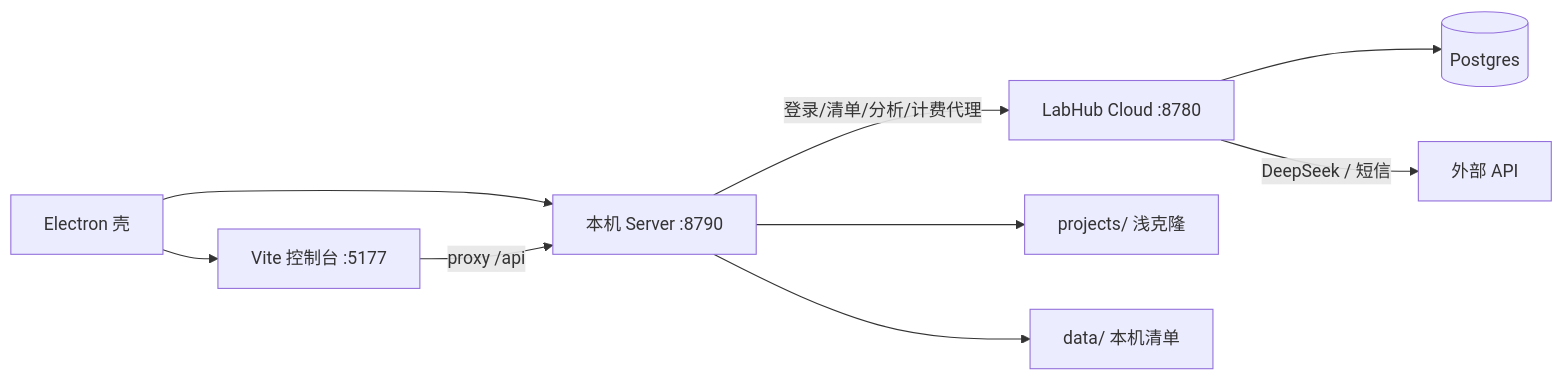
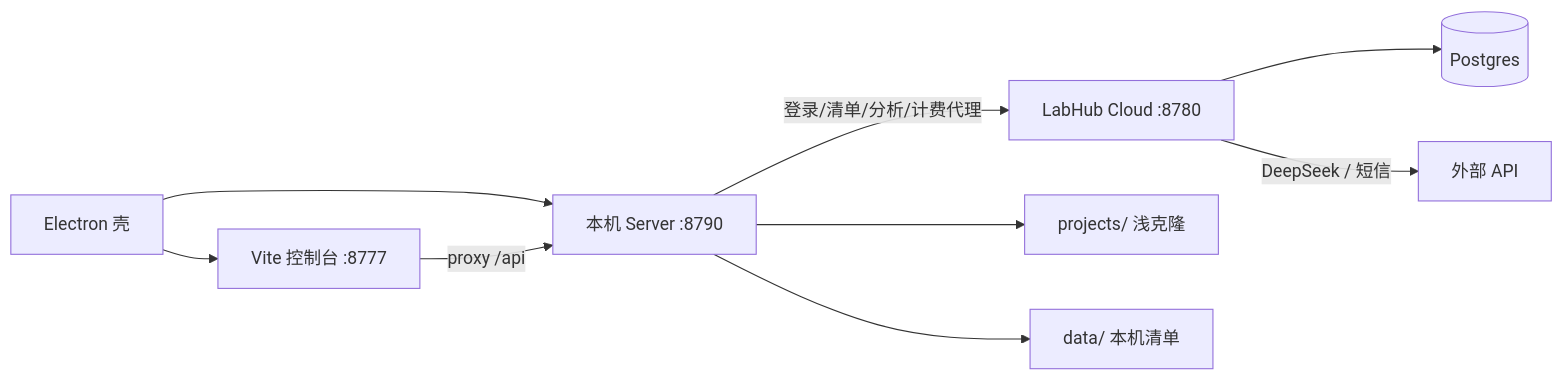
The diagram in docs/项目分析总结.md (yxtao-lab/LabHub), drawn with Mermaid before and after one commit. The commit also changed other lines of this file and 6 other files, not shown here.

````diff
--- a/docs/项目分析总结.md
+++ b/docs/项目分析总结.md
@@ -142,19 +142,19 @@
 ```mermaid
 flowchart LR
   Electron[Electron 壳]
-  Vite[Vite 控制台 :5177]
+  Vite[Vite 控制台 :8777]
   Server[本机 Server :8790]
   Cloud[LabHub Cloud :8780]
   PG[(Postgres)]
   Projects[projects/ 浅克隆]
   Data[data/ 本机清单]
 
   Electron --> Vite
   Electron --> Server
   Vite -->|proxy /api| Server
   Server --> Projects
   Server --> Data
   Server -->|登录/清单/分析/计费代理| Cloud
   Cloud --> PG
   Cloud -->|DeepSeek / 短信| Ext[外部 API]
 ```
````
